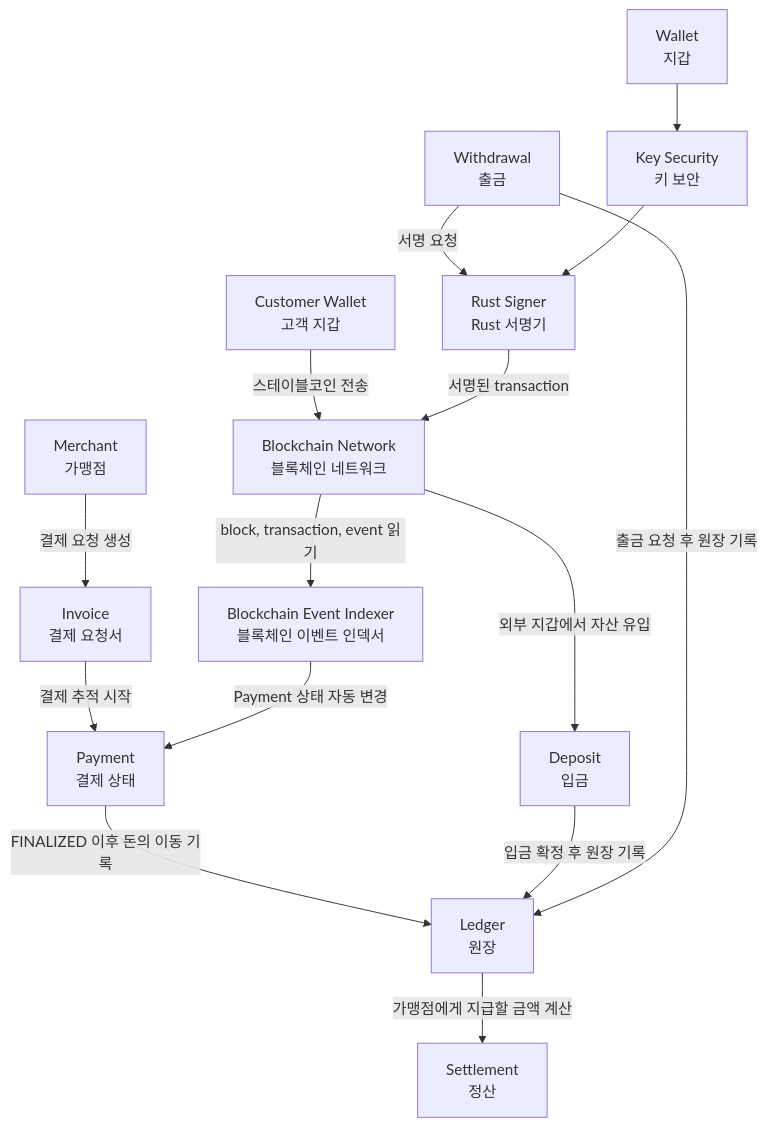
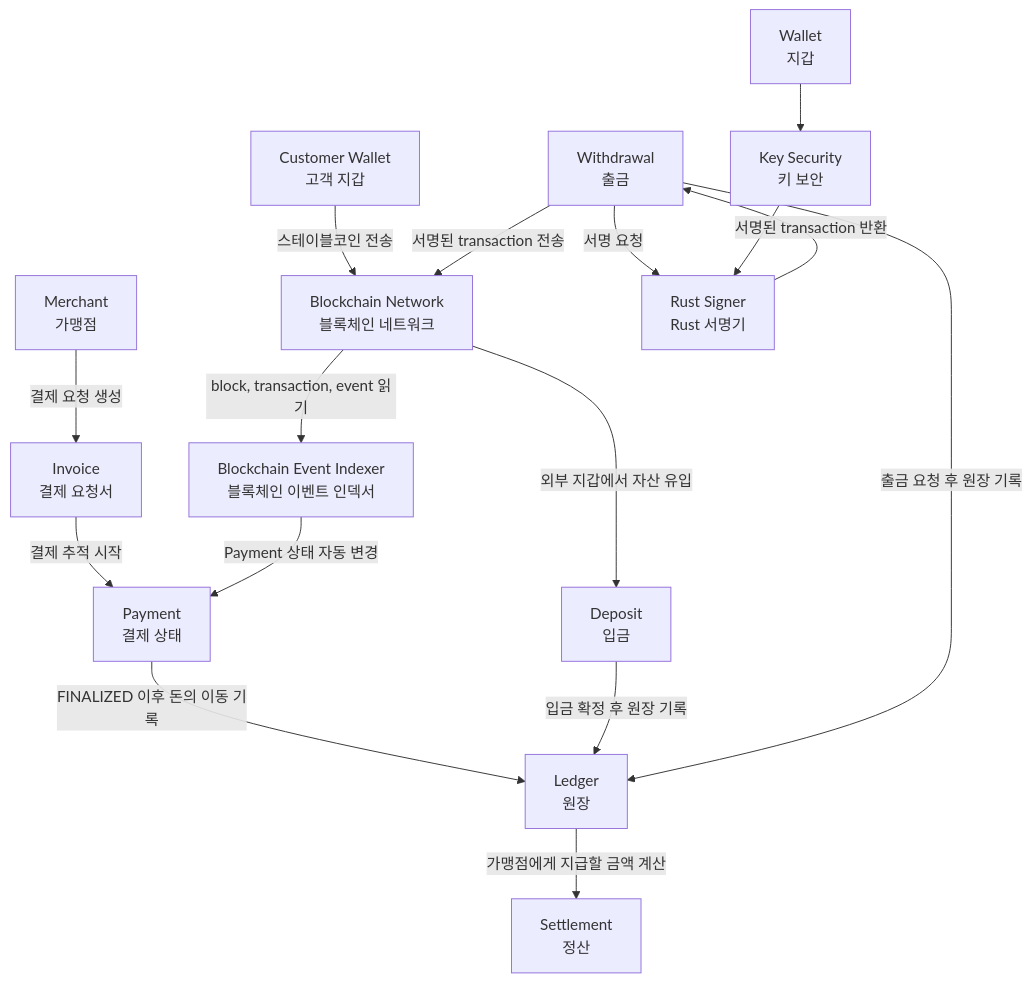
One commit to HoBaeBang/2030-korea-stablepay-network changed the first of 5 diagrams in docs/domain/01_Phase2_전체지도/Phase_2_도메인_전체지도.md. Above: the diagram before and after it, drawn with Mermaid. The commit also changed other lines of this file and 8 other files, not shown here.

````diff
--- a/docs/domain/01_Phase2_전체지도/Phase_2_도메인_전체지도.md
+++ b/docs/domain/01_Phase2_전체지도/Phase_2_도메인_전체지도.md
@@ -21,32 +21,33 @@
 ```mermaid
 flowchart TD
     Customer["Customer Wallet<br/>고객 지갑"]
     Merchant["Merchant<br/>가맹점"]
     Invoice["Invoice<br/>결제 요청서"]
     Payment["Payment<br/>결제 상태"]
     Chain["Blockchain Network<br/>블록체인 네트워크"]
     Indexer["Blockchain Event Indexer<br/>블록체인 이벤트 인덱서"]
     Ledger["Ledger<br/>원장"]
     Settlement["Settlement<br/>정산"]
     Deposit["Deposit<br/>입금"]
     Withdrawal["Withdrawal<br/>출금"]
     Wallet["Wallet<br/>지갑"]
     KeySecurity["Key Security<br/>키 보안"]
     RustSigner["Rust Signer<br/>Rust 서명기"]
 
     Merchant -->|"결제 요청 생성"| Invoice
     Invoice -->|"결제 추적 시작"| Payment
     Customer -->|"스테이블코인 전송"| Chain
     Chain -->|"block, transaction, event 읽기"| Indexer
     Indexer -->|"Payment 상태 자동 변경"| Payment
     Payment -->|"FINALIZED 이후 돈의 이동 기록"| Ledger
     Ledger -->|"가맹점에게 지급할 금액 계산"| Settlement
 
     Chain -->|"외부 지갑에서 자산 유입"| Deposit
     Deposit -->|"입금 확정 후 원장 기록"| Ledger
     Withdrawal -->|"출금 요청 후 원장 기록"| Ledger
     Withdrawal -->|"서명 요청"| RustSigner
-    RustSigner -->|"서명된 transaction"| Chain
+    RustSigner -->|"서명된 transaction 반환"| Withdrawal
+    Withdrawal -->|"서명된 transaction 전송"| Chain
     Wallet --> KeySecurity
     KeySecurity --> RustSigner
 ```
````
